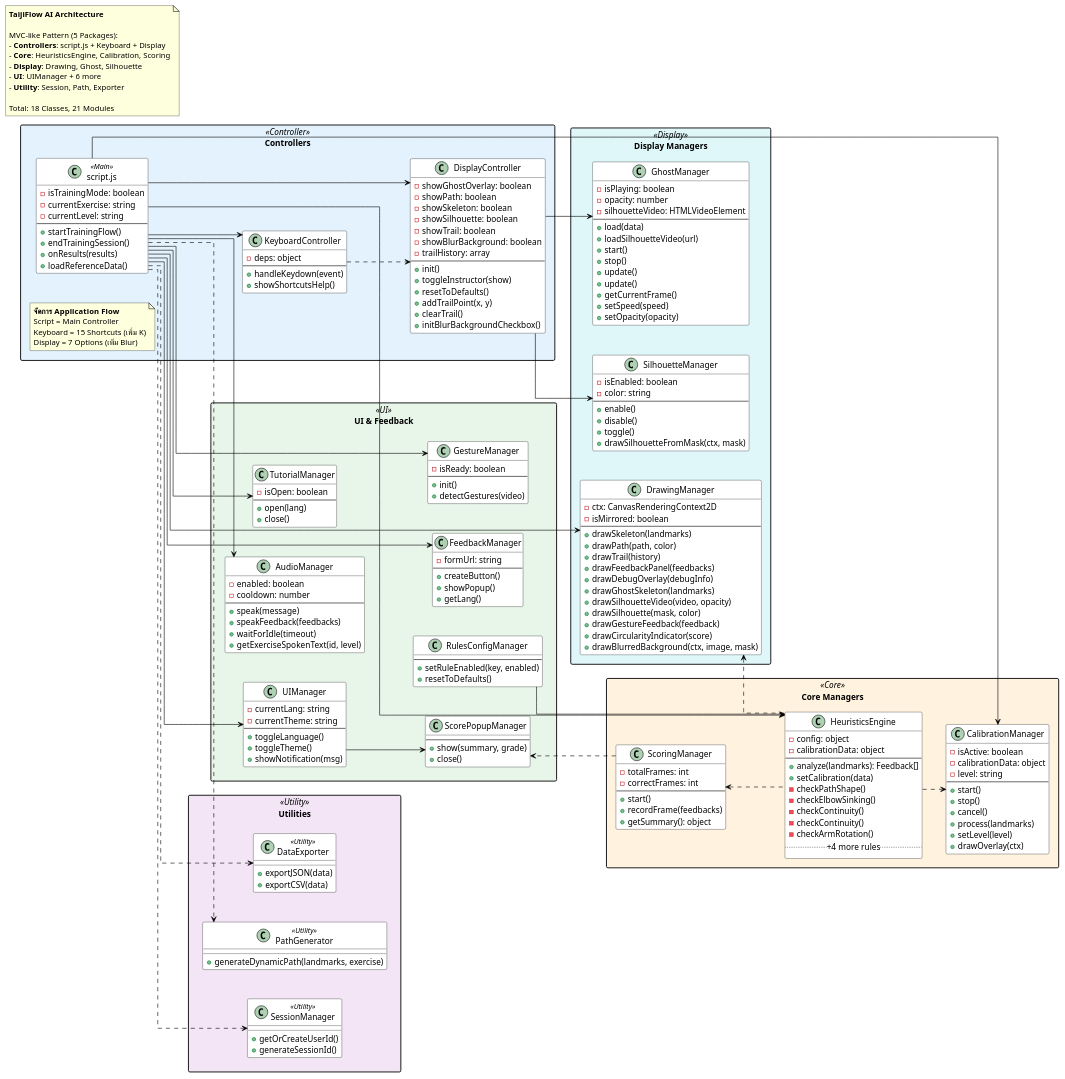
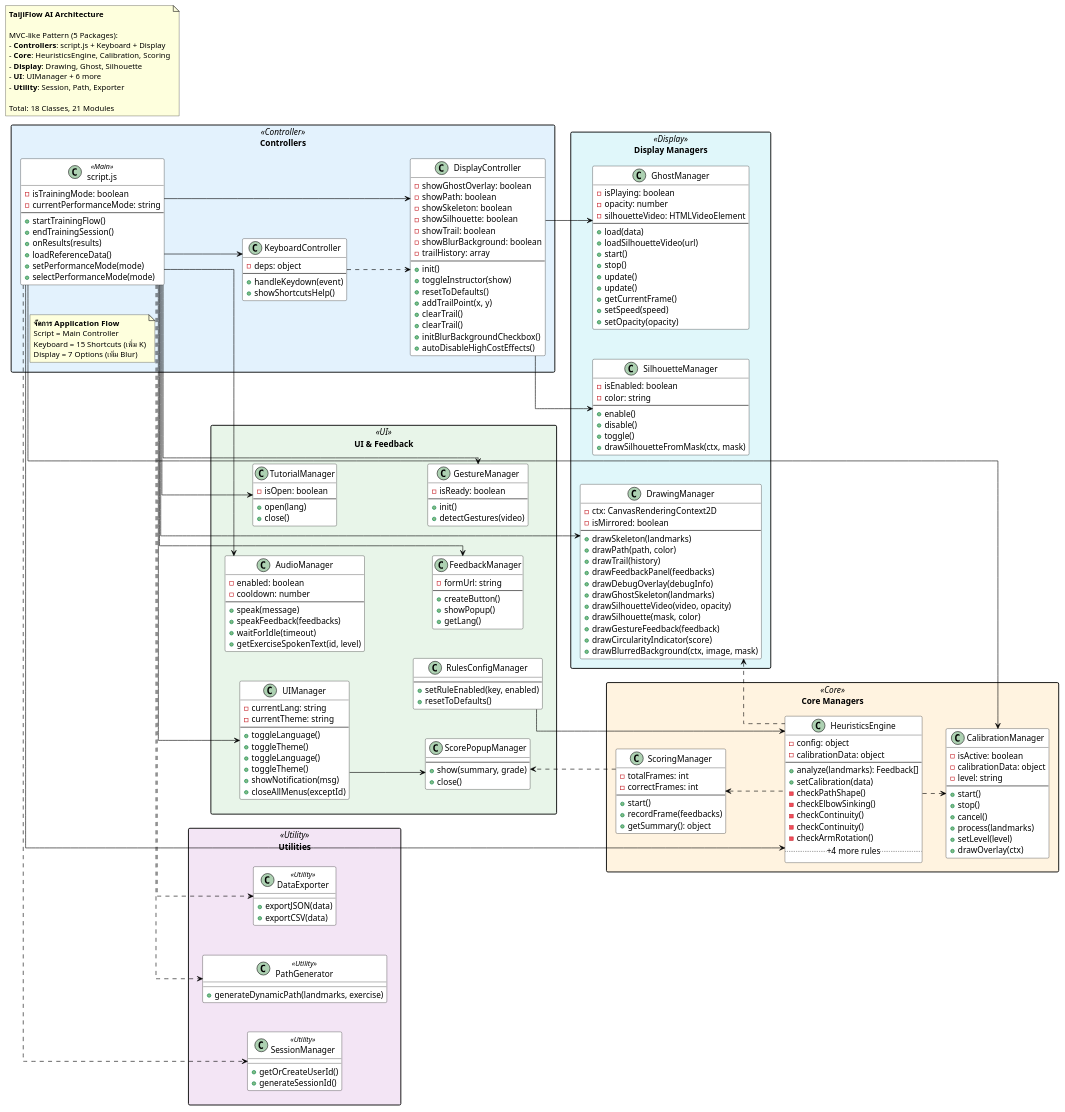
Before and after one commit to vyut/TaijiFlow: the diagram in docs/diagrams/ClassDiagram.wsd, drawn with PlantUML. The commit also changed 8 other files, not shown here.

```diff
--- a/docs/diagrams/ClassDiagram.wsd
+++ b/docs/diagrams/ClassDiagram.wsd
@@ -35,13 +35,14 @@
 package "Controllers" <<Controller>> {
     class "script.js" as Script <<Main>> {
         - isTrainingMode: boolean
-        - currentExercise: string
-        - currentLevel: string
+        - currentPerformanceMode: string
         --
         + startTrainingFlow()
         + endTrainingSession()
         + onResults(results)
         + loadReferenceData()
+        + setPerformanceMode(mode)
+        + selectPerformanceMode(mode)
     }
     
     class KeyboardController {
@@ -65,7 +66,9 @@
         + resetToDefaults()
         + addTrailPoint(x, y)
         + clearTrail()
+        + clearTrail()
         + initBlurBackgroundCheckbox()
+        + autoDisableHighCostEffects()
     }
     
     note as NC
@@ -183,7 +186,10 @@
             --
             + toggleLanguage()
             + toggleTheme()
+            + toggleLanguage()
+            + toggleTheme()
             + showNotification(msg)
+            + closeAllMenus(exceptId)
         }
         
         class AudioManager {
```
